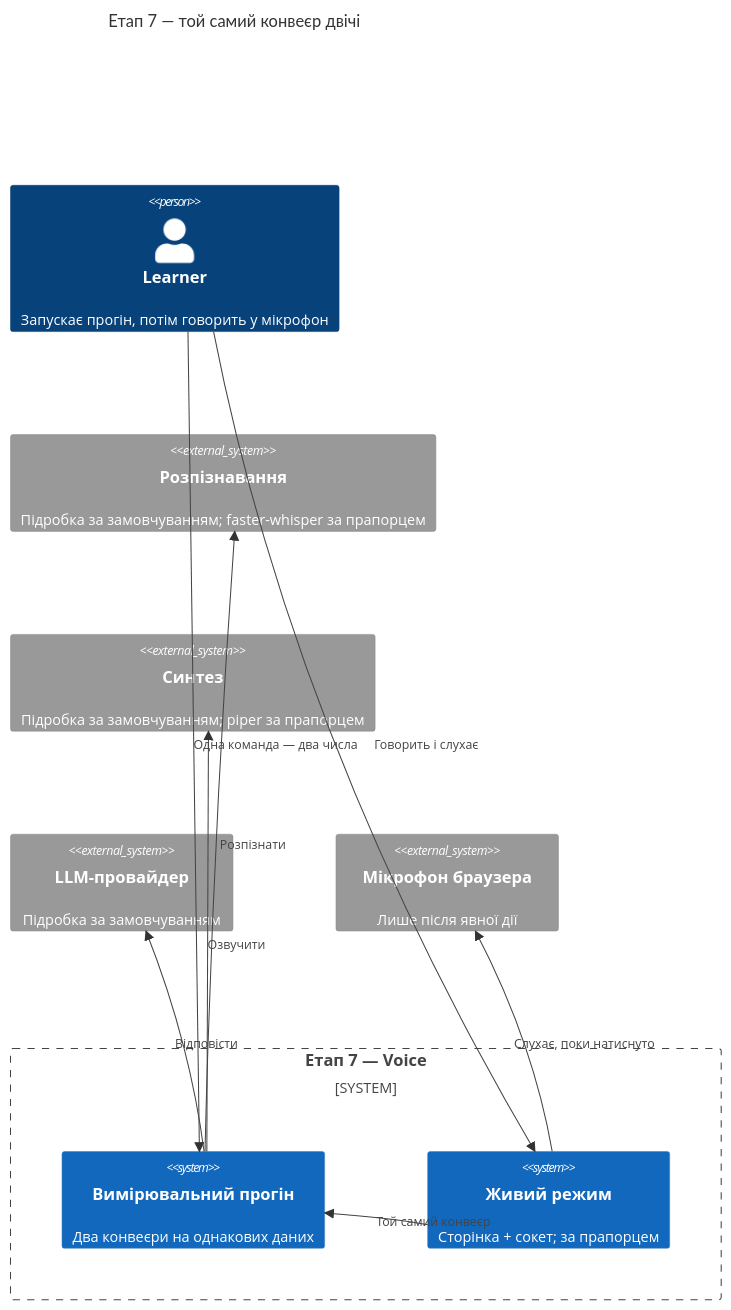
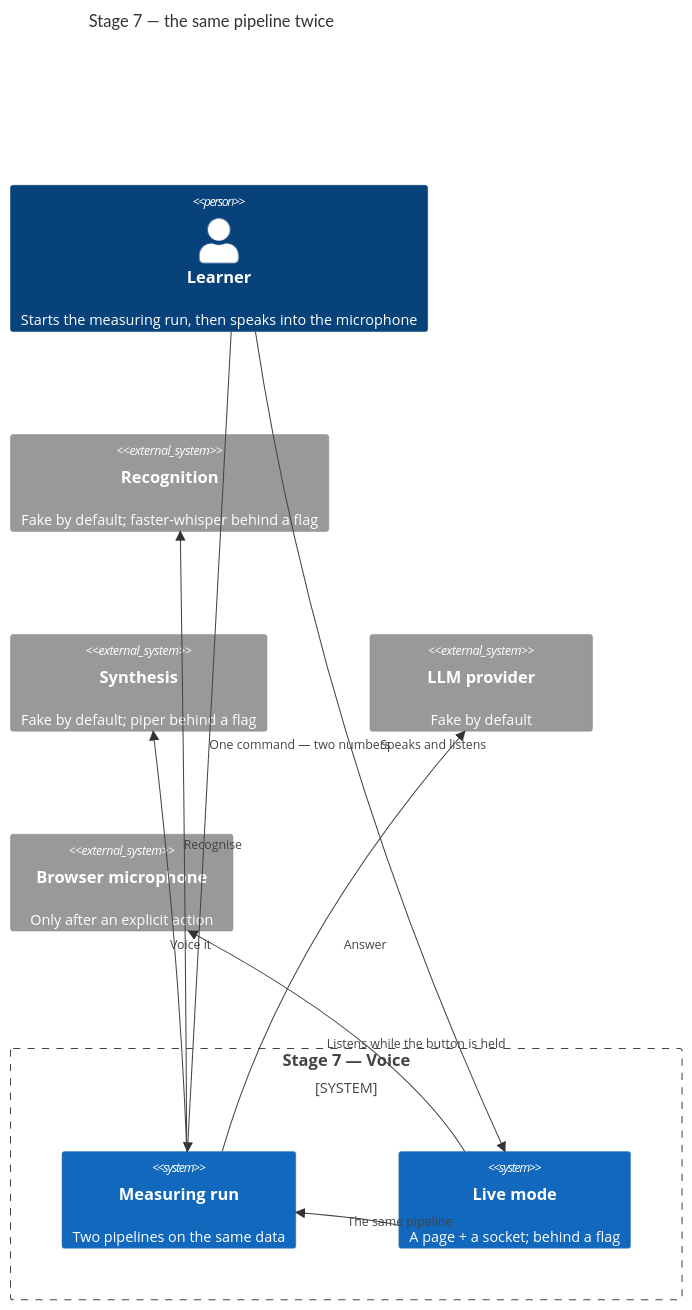
Before and after one commit to AZANIR/agentic-ai: the first of 5 diagrams in docs/features/s07-voice/sad.md, drawn with Mermaid. The commit also changed other lines of this file and 245 other files, not shown here.

````diff
--- a/docs/features/s07-voice/sad.md
+++ b/docs/features/s07-voice/sad.md
@@ -43,24 +43,24 @@
 ```mermaid
 C4Context
-    title Етап 7 — той самий конвеєр двічі
+    title Stage 7 — the same pipeline twice
 
-    Person(learner, "Learner", "Запускає прогін, потім говорить у мікрофон")
+    Person(learner, "Learner", "Starts the measuring run, then speaks into the microphone")
 
-    System_Boundary(s07, "Етап 7 — Voice") {
-        System(bench, "Вимірювальний прогін", "Два конвеєри на однакових даних")
-        System(live, "Живий режим", "Сторінка + сокет; за прапорцем")
+    System_Boundary(s07, "Stage 7 — Voice") {
+        System(bench, "Measuring run", "Two pipelines on the same data")
+        System(live, "Live mode", "A page + a socket; behind a flag")
     }
 
-    System_Ext(stt, "Розпізнавання", "Підробка за замовчуванням; faster-whisper за прапорцем")
-    System_Ext(tts, "Синтез", "Підробка за замовчуванням; piper за прапорцем")
-    System_Ext(llm, "LLM-провайдер", "Підробка за замовчуванням")
-    System_Ext(mic, "Мікрофон браузера", "Лише після явної дії")
+    System_Ext(stt, "Recognition", "Fake by default; faster-whisper behind a flag")
+    System_Ext(tts, "Synthesis", "Fake by default; piper behind a flag")
+    System_Ext(llm, "LLM provider", "Fake by default")
+    System_Ext(mic, "Browser microphone", "Only after an explicit action")
 
-    Rel(learner, bench, "Одна команда — два числа")
-    Rel(learner, live, "Говорить і слухає")
-    Rel(bench, stt, "Розпізнати")
-    Rel(bench, llm, "Відповісти")
-    Rel(bench, tts, "Озвучити")
-    Rel(live, mic, "Слухає, поки натиснуто")
-    Rel(live, bench, "Той самий конвеєр")
+    Rel(learner, bench, "One command — two numbers")
+    Rel(learner, live, "Speaks and listens")
+    Rel(bench, stt, "Recognise")
+    Rel(bench, llm, "Answer")
+    Rel(bench, tts, "Voice it")
+    Rel(live, mic, "Listens while the button is held")
+    Rel(live, bench, "The same pipeline")
 ```
````
